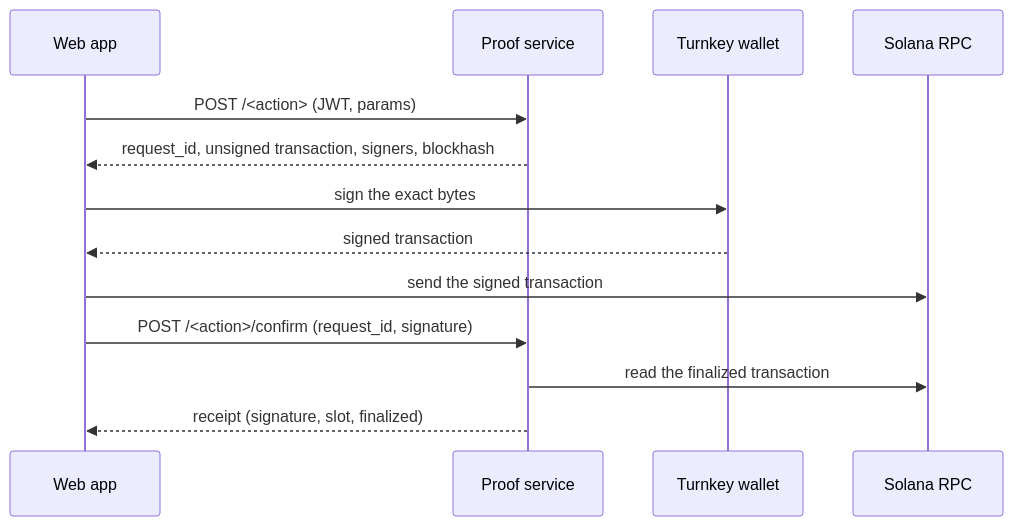
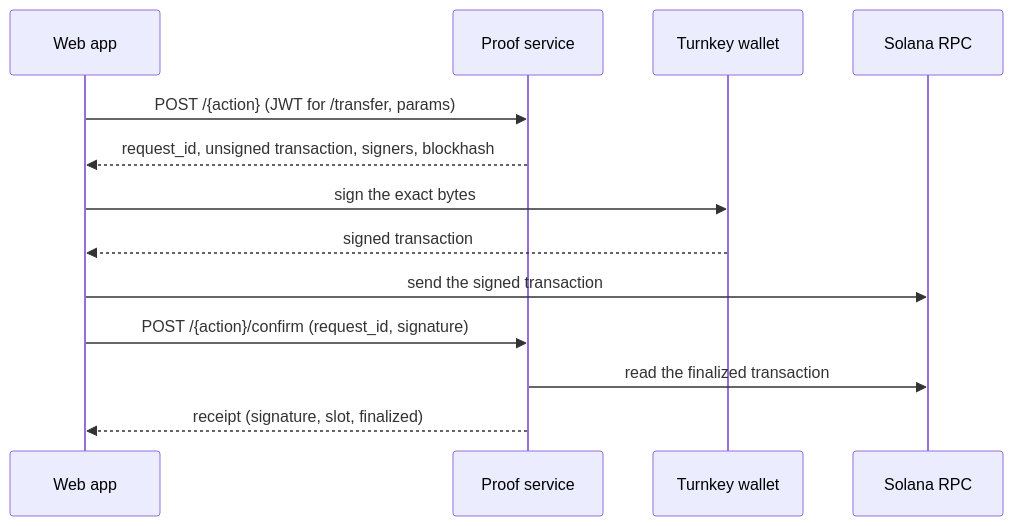
Before and after one commit to Dnreikronos/cadence: the diagram in docs/dev/API_CONTRACT.md, drawn with Mermaid. The commit also changed other lines of this file and 1 other file, not shown here.

````diff
--- a/docs/dev/API_CONTRACT.md
+++ b/docs/dev/API_CONTRACT.md
@@ -123,15 +216,15 @@
 ```mermaid
 sequenceDiagram
   participant W as Web app
   participant S as Proof service
   participant T as Turnkey wallet
   participant C as Solana RPC
-  W->>S: POST /<action> (JWT, params)
+  W->>S: POST /{action} (JWT for /transfer, params)
   S-->>W: request_id, unsigned transaction, signers, blockhash
   W->>T: sign the exact bytes
   T-->>W: signed transaction
   W->>C: send the signed transaction
-  W->>S: POST /<action>/confirm (request_id, signature)
+  W->>S: POST /{action}/confirm (request_id, signature)
   S->>C: read the finalized transaction
   S-->>W: receipt (signature, slot, finalized)
 ```
````
